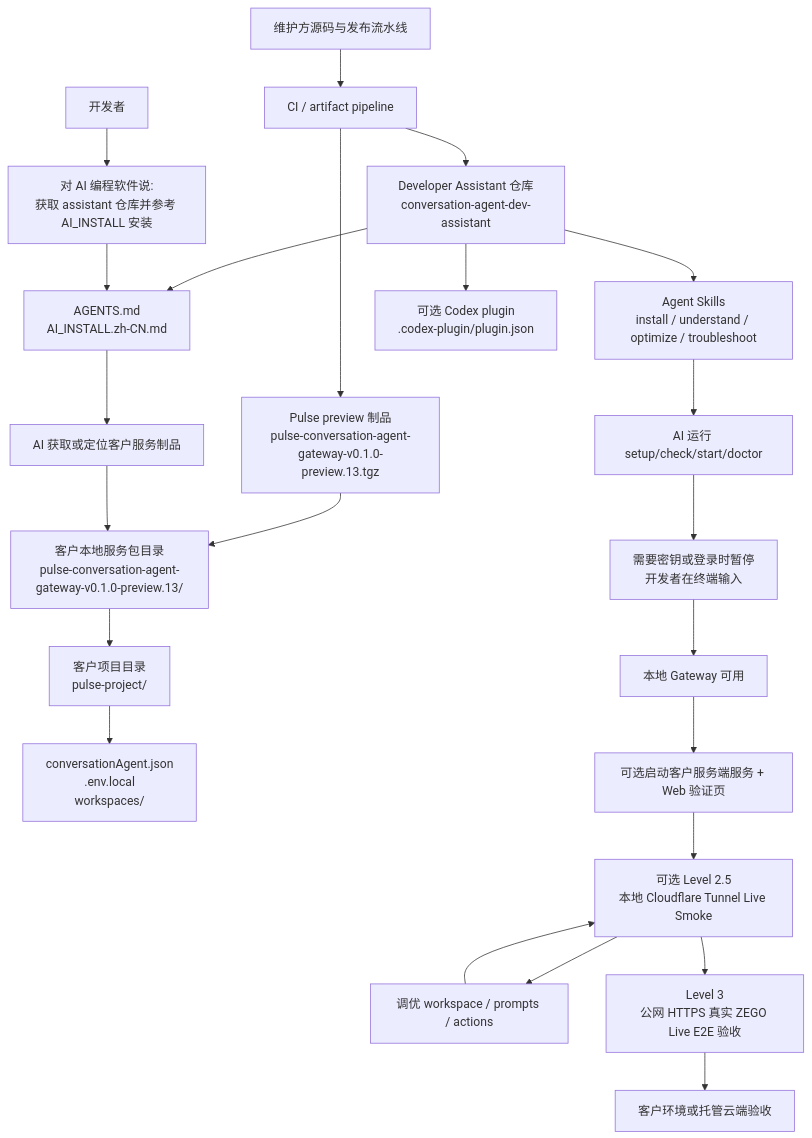
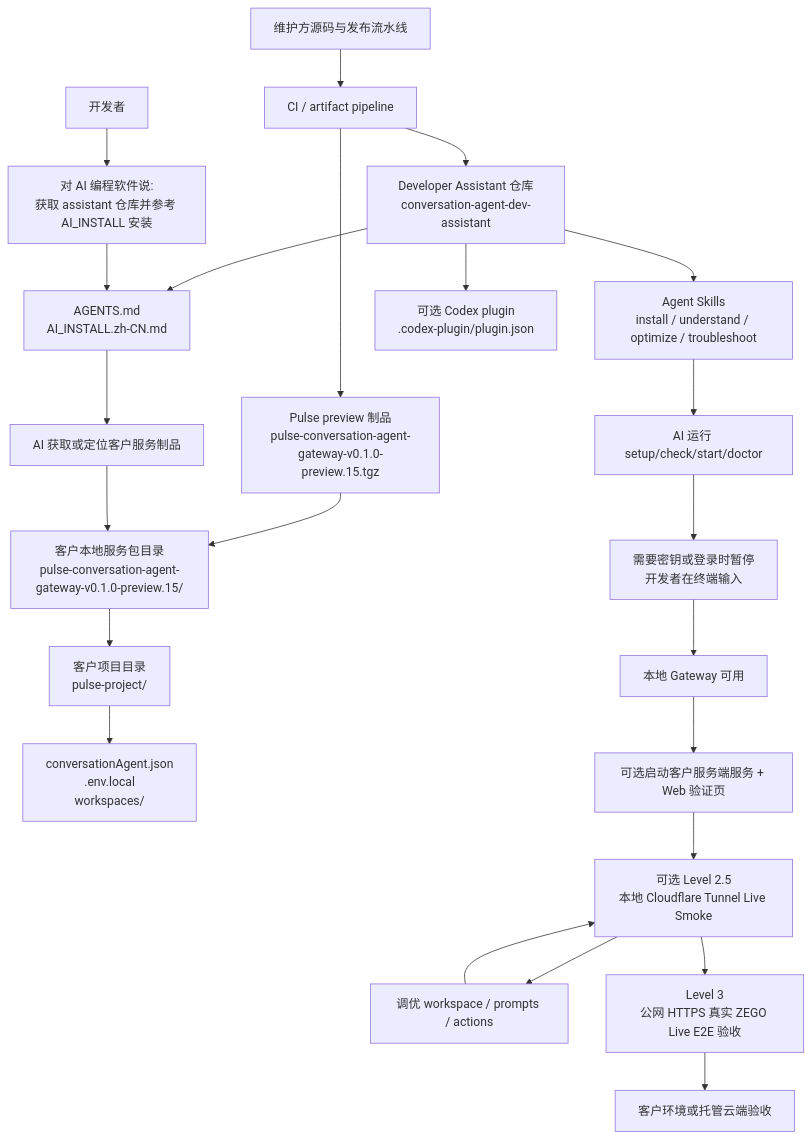
Before and after one commit to ZEGOCLOUD/conversation-agent-dev-assistant: the diagram in README.zh-CN.md, drawn with Mermaid. The commit also changed other lines of this file and 3 other files, not shown here.

Commit message:
docs: use pulse preview 15

````diff
--- a/README.zh-CN.md
+++ b/README.zh-CN.md
@@ -16,28 +16,28 @@
 ```mermaid
 flowchart TD
   A["维护方源码与发布流水线"] --> B["CI / artifact pipeline"]
-  B --> C["Pulse preview 制品<br/>pulse-conversation-agent-gateway-v0.1.0-preview.13.tgz"]
+  B --> C["Pulse preview 制品<br/>pulse-conversation-agent-gateway-v0.1.0-preview.15.tgz"]
   B --> D["Developer Assistant 仓库<br/>conversation-agent-dev-assistant"]
 
-  C --> E["客户本地服务包目录<br/>pulse-conversation-agent-gateway-v0.1.0-preview.13/"]
+  C --> E["客户本地服务包目录<br/>pulse-conversation-agent-gateway-v0.1.0-preview.15/"]
   E --> F["客户项目目录<br/>pulse-project/"]
   F --> G["conversationAgent.json<br/>.env.local<br/>workspaces/"]
 
   D --> H["AGENTS.md<br/>AI_INSTALL.zh-CN.md"]
   D --> I["Agent Skills<br/>install / understand / optimize / troubleshoot"]
   D --> J["可选 Codex plugin<br/>.codex-plugin/plugin.json"]
 
   K["开发者"] --> L["对 AI 编程软件说:<br/>获取 assistant 仓库并参考 AI_INSTALL 安装"]
   L --> H
   H --> M["AI 获取或定位客户服务制品"]
   M --> E
   I --> N["AI 运行 setup/check/start/doctor"]
   N --> O["需要密钥或登录时暂停<br/>开发者在终端输入"]
   O --> P["本地 Gateway 可用"]
   P --> Q["可选启动客户服务端服务 + Web 验证页"]
   Q --> R["可选 Level 2.5<br/>本地 Cloudflare Tunnel Live Smoke"]
   R --> S["调优 workspace / prompts / actions"]
   S --> R
   R --> T["Level 3<br/>公网 HTTPS 真实 ZEGO Live E2E 验收"]
   T --> U["客户环境或托管云端验收"]
 ```
````
